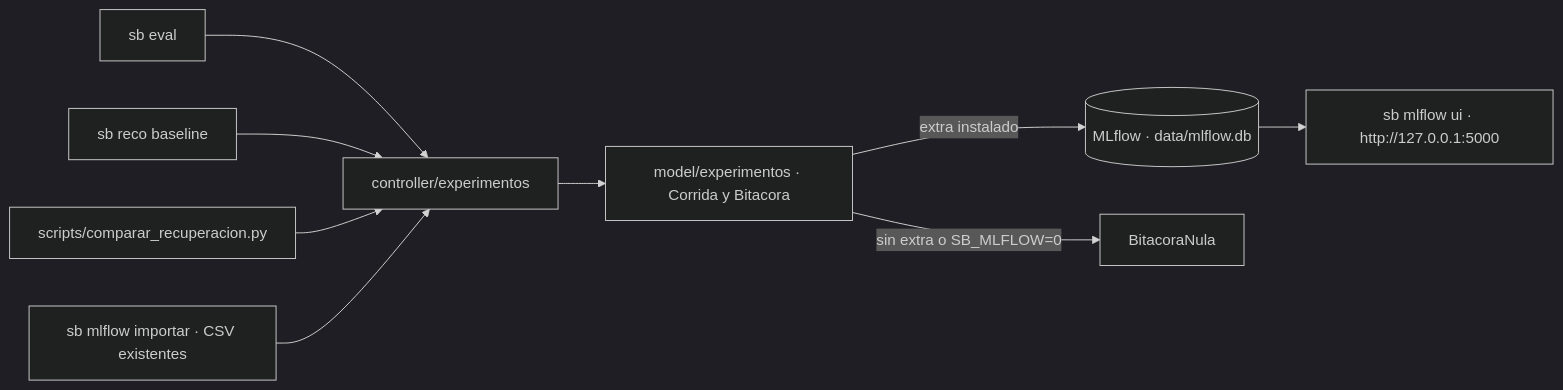
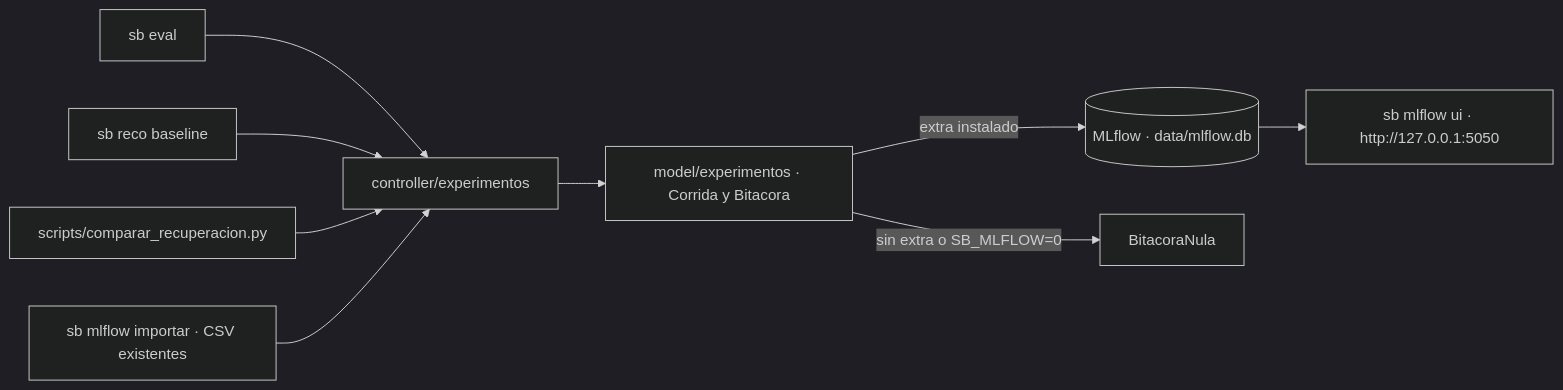
Before and after one commit to anakmedina08/advanced-ai-lab: the diagram in openspec/specs/experimentos-mlflow/plan.md, drawn with Mermaid (dark theme). The commit also changed 6 other files, not shown here.

````diff
--- a/openspec/specs/experimentos-mlflow/plan.md
+++ b/openspec/specs/experimentos-mlflow/plan.md
@@ -3,11 +3,11 @@
 ```mermaid
 flowchart LR
     E[sb eval] --> CE[controller/experimentos]
     B[sb reco baseline] --> CE
     R[scripts/comparar_recuperacion.py] --> CE
     I[sb mlflow importar · CSV existentes] --> CE
     CE --> M[model/experimentos · Corrida y Bitacora]
     M -->|extra instalado| ML[(MLflow · data/mlflow.db)]
     M -->|sin extra o SB_MLFLOW=0| N[BitacoraNula]
-    ML --> UI[sb mlflow ui · http://127.0.0.1:5000]
+    ML --> UI[sb mlflow ui · http://127.0.0.1:5050]
 ```
````
